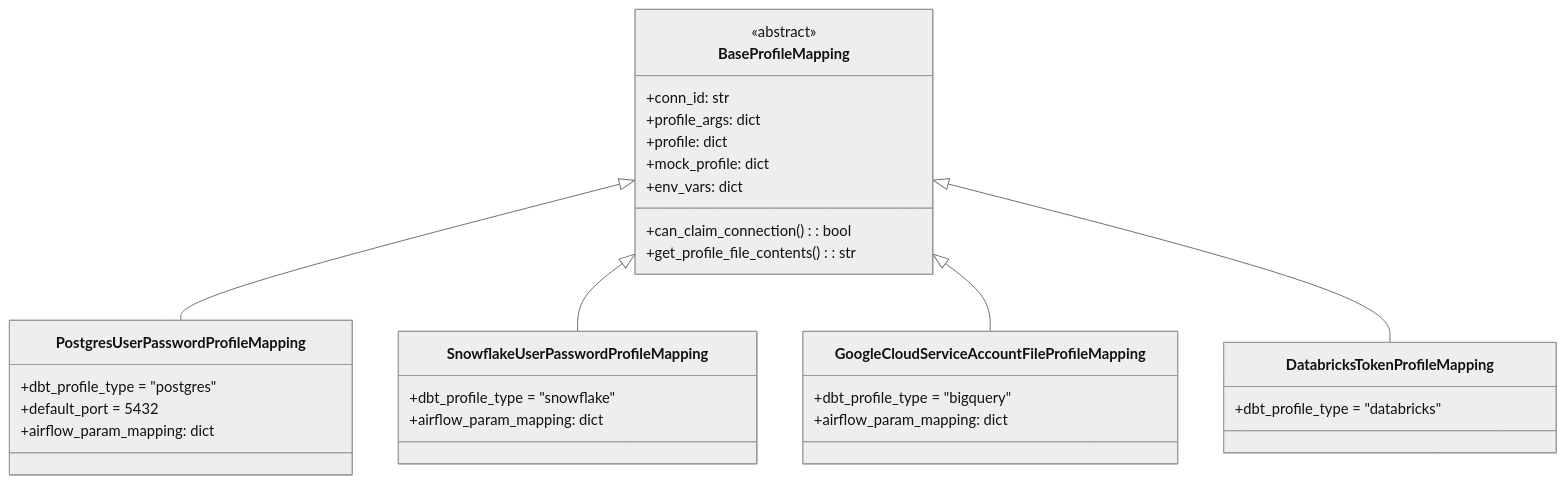
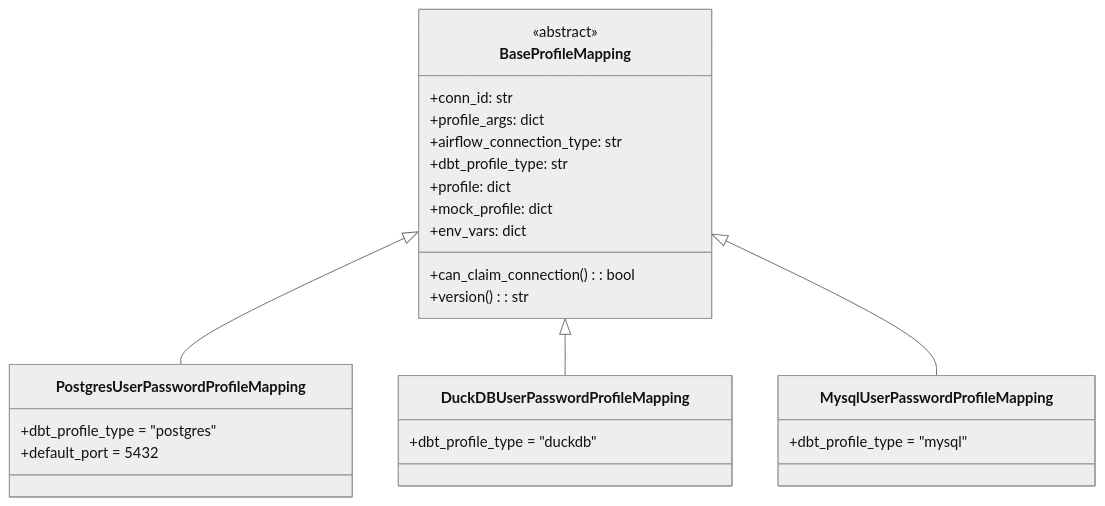
Diagram 20 of 28 in docs/ARCHITECTURE.md (josix/astronomer-cosmos), drawn with Mermaid (neutral theme) before and after one commit. The commit also changed other lines of this file, not shown here.

First line of the commit message:
docs: Update architecture documentation with v1.12 features

````diff
--- a/docs/ARCHITECTURE.md
+++ b/docs/ARCHITECTURE.md
@@ -675,38 +825,32 @@
 ```mermaid
 classDiagram
     class BaseProfileMapping {
         <<abstract>>
         +conn_id: str
         +profile_args: dict
+        +airflow_connection_type: str
+        +dbt_profile_type: str
         +can_claim_connection(): bool
         +profile: dict
         +mock_profile: dict
         +env_vars: dict
-        +get_profile_file_contents(): str
+        +version(): str
     }
 
     class PostgresUserPasswordProfileMapping {
         +dbt_profile_type = "postgres"
         +default_port = 5432
-        +airflow_param_mapping: dict
     }
 
-    class SnowflakeUserPasswordProfileMapping {
-        +dbt_profile_type = "snowflake"
-        +airflow_param_mapping: dict
+    class DuckDBUserPasswordProfileMapping {
+        +dbt_profile_type = "duckdb"
     }
 
-    class GoogleCloudServiceAccountFileProfileMapping {
-        +dbt_profile_type = "bigquery"
-        +airflow_param_mapping: dict
-    }
-
-    class DatabricksTokenProfileMapping {
-        +dbt_profile_type = "databricks"
+    class MysqlUserPasswordProfileMapping {
+        +dbt_profile_type = "mysql"
     }
 
     BaseProfileMapping <|-- PostgresUserPasswordProfileMapping
-    BaseProfileMapping <|-- SnowflakeUserPasswordProfileMapping
-    BaseProfileMapping <|-- GoogleCloudServiceAccountFileProfileMapping
-    BaseProfileMapping <|-- DatabricksTokenProfileMapping
+    BaseProfileMapping <|-- DuckDBUserPasswordProfileMapping
+    BaseProfileMapping <|-- MysqlUserPasswordProfileMapping
 ```
````
